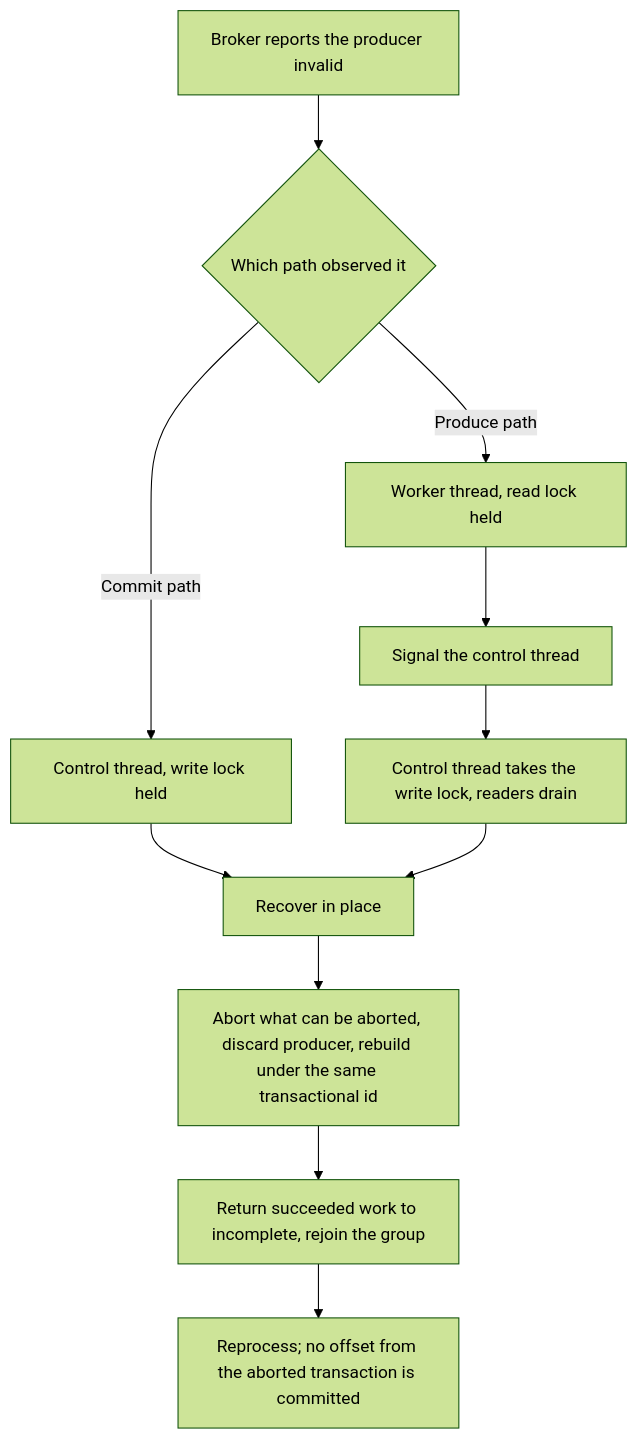
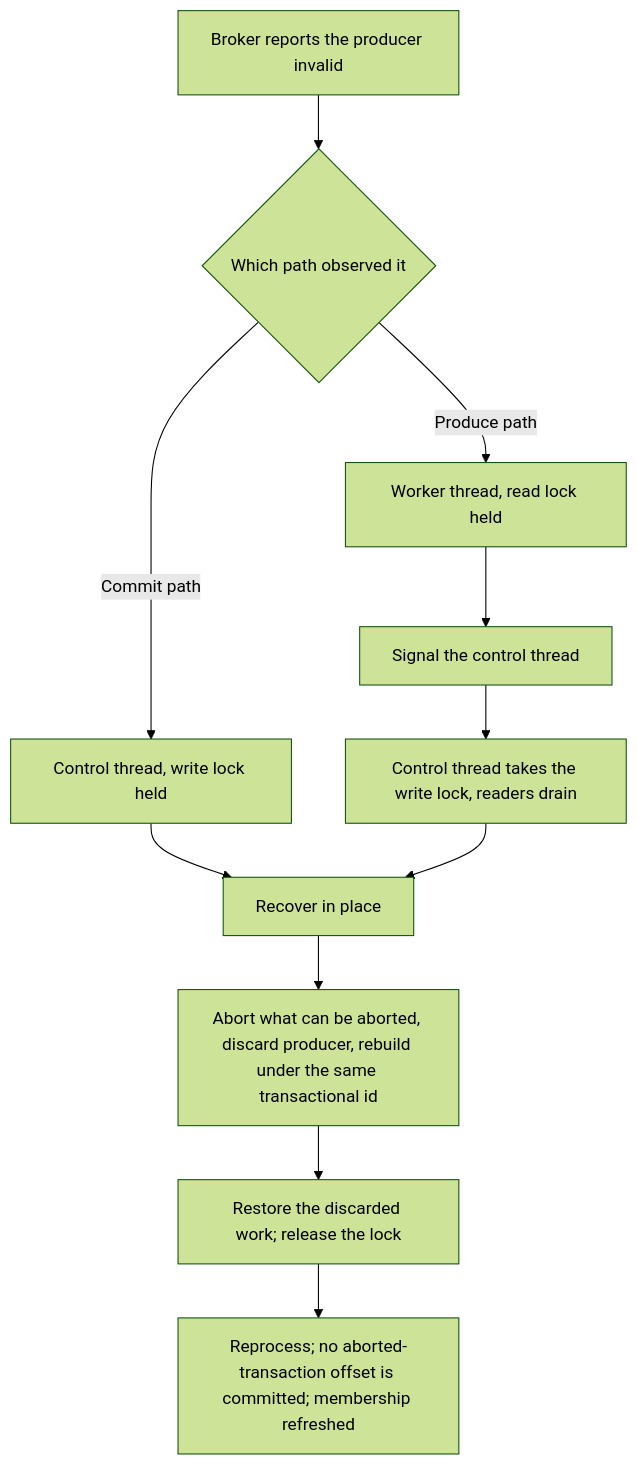
One commit to astubbs/parallel-consumer changed the diagram in docs/plans/2026-09-02-001-feat-recoverable-producer-fencing-plan.md. Above: the diagram before and after it, drawn with Mermaid (forest theme). The commit also changed other lines of this file and 1 other file, not shown here.

````diff
--- a/docs/plans/2026-09-02-001-feat-recoverable-producer-fencing-plan.md
+++ b/docs/plans/2026-09-02-001-feat-recoverable-producer-fencing-plan.md
@@ -109,13 +110,13 @@
 ```mermaid
 flowchart TB
   A[Broker reports the producer invalid] --> B{Which path observed it}
   B -->|Commit path| C[Control thread, write lock held]
   B -->|Produce path| D[Worker thread, read lock held]
   C --> E[Recover in place]
   D --> F[Signal the control thread]
   F --> G[Control thread takes the write lock, readers drain]
   G --> E
   E --> H[Abort what can be aborted, discard producer, rebuild under the same transactional id]
-  H --> I[Return succeeded work to incomplete, rejoin the group]
-  I --> J[Reprocess; no offset from the aborted transaction is committed]
+  H --> I[Restore the discarded work; release the lock]
+  I --> J[Reprocess; no aborted-transaction offset is committed; membership refreshed]
 ```
````
